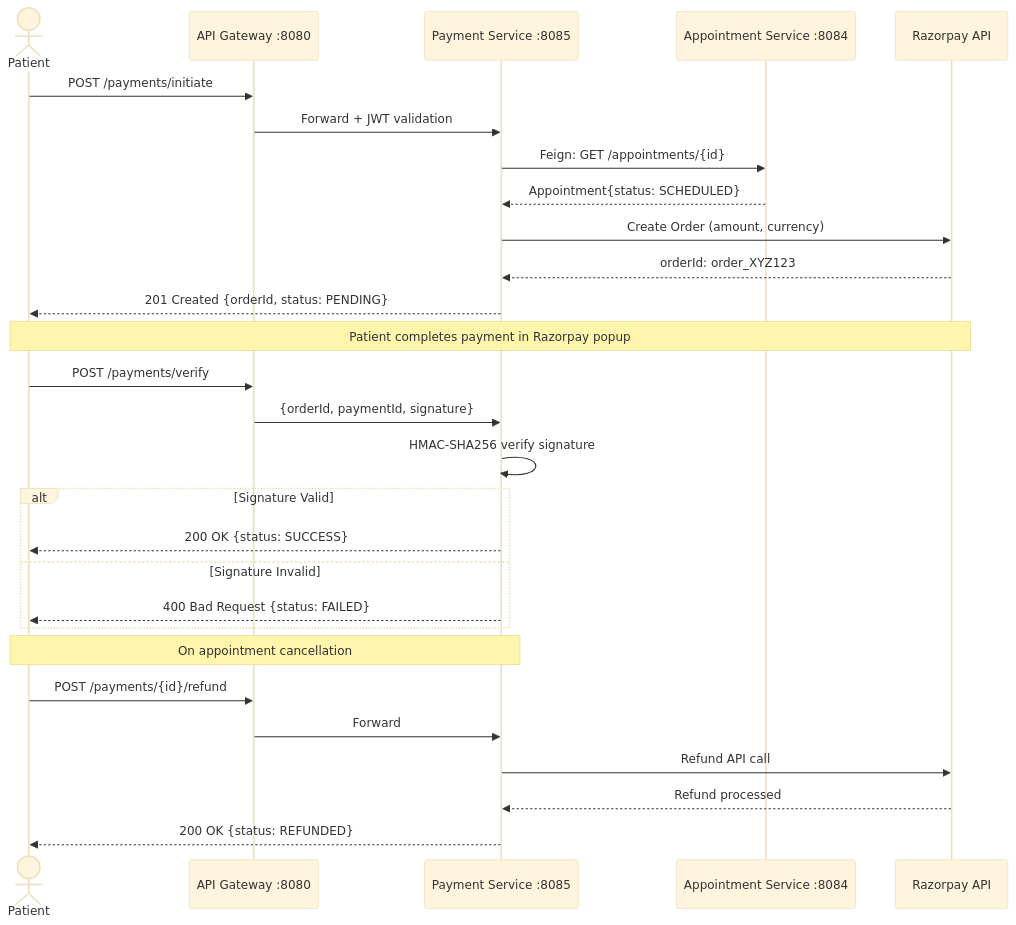
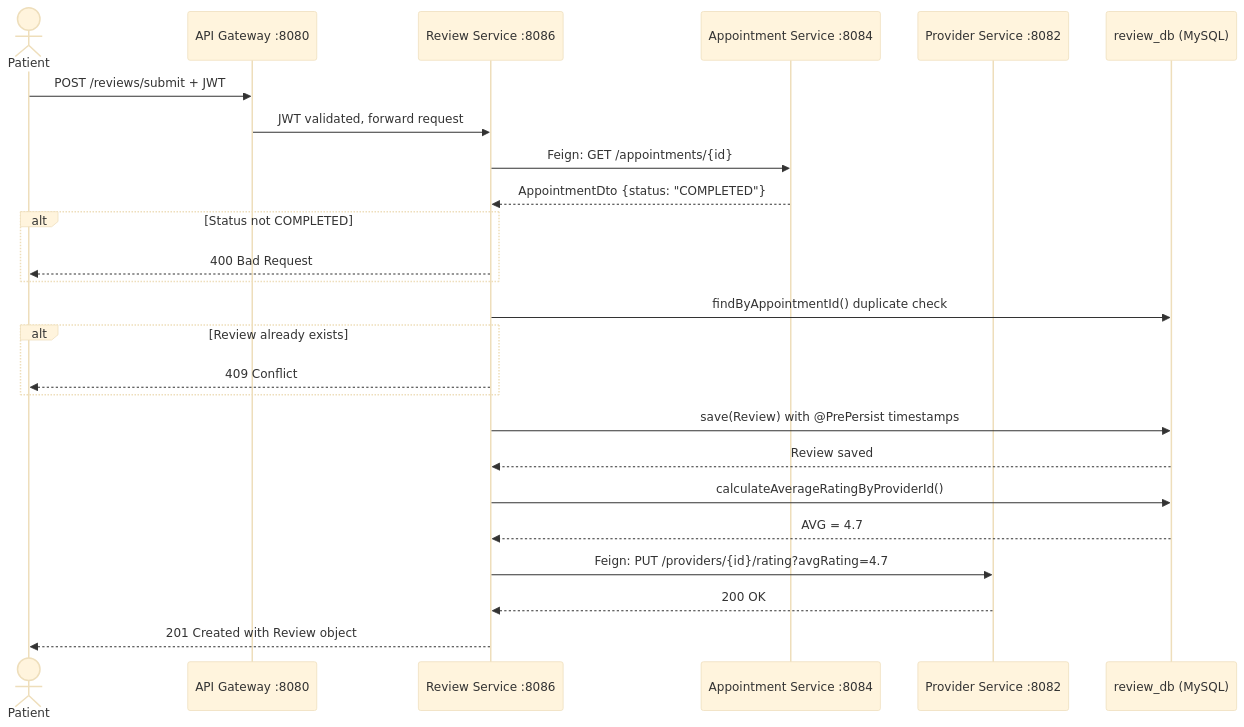
One commit to Harshal-25C/MediBook-Microservices changed the second of 2 diagrams in README.md. Above: the diagram before and after it, drawn with Mermaid (base theme). The commit also changed other lines of this file, not shown here.

Commit message:
[Harshal-25C] : Update README.md file till feature/review-service with all information

````diff
--- a/README.md
+++ b/README.md
@@ -213,35 +228,34 @@
 ```mermaid
 sequenceDiagram
     actor Patient
-    participant Gateway as API Gateway :8080
-    participant PaySvc as Payment Service :8085
+    participant GW as API Gateway :8080
+    participant RevSvc as Review Service :8086
     participant ApptSvc as Appointment Service :8084
-    participant Razorpay as Razorpay API
+    participant ProvSvc as Provider Service :8082
+    participant DB as review_db (MySQL)
 
-    Patient->>Gateway: POST /payments/initiate
-    Gateway->>PaySvc: Forward + JWT validation
-    PaySvc->>ApptSvc: Feign: GET /appointments/{id}
-    ApptSvc-->>PaySvc: Appointment{status: SCHEDULED}
-    PaySvc->>Razorpay: Create Order (amount, currency)
-    Razorpay-->>PaySvc: orderId: order_XYZ123
-    PaySvc-->>Patient: 201 Created {orderId, status: PENDING}
+    Patient->>GW: POST /reviews/submit + JWT
+    GW->>RevSvc: JWT validated, forward request
+    RevSvc->>ApptSvc: Feign: GET /appointments/{id}
+    ApptSvc-->>RevSvc: AppointmentDto {status: "COMPLETED"}
 
-    Note over Patient,Razorpay: Patient completes payment in Razorpay popup
-
-    Patient->>Gateway: POST /payments/verify
-    Gateway->>PaySvc: {orderId, paymentId, signature}
-    PaySvc->>PaySvc: HMAC-SHA256 verify signature
-    alt Signature Valid
-        PaySvc-->>Patient: 200 OK {status: SUCCESS}
-    else Signature Invalid
-        PaySvc-->>Patient: 400 Bad Request {status: FAILED}
+    alt Status not COMPLETED
+        RevSvc-->>Patient: 400 Bad Request
     end
 
-    Note over Patient,PaySvc: On appointment cancellation
+    RevSvc->>DB: findByAppointmentId() duplicate check
+    alt Review already exists
+        RevSvc-->>Patient: 409 Conflict
+    end
 
-    Patient->>Gateway: POST /payments/{id}/refund
-    Gateway->>PaySvc: Forward
-    PaySvc->>Razorpay: Refund API call
-    Razorpay-->>PaySvc: Refund processed
-    PaySvc-->>Patient: 200 OK {status: REFUNDED}
+    RevSvc->>DB: save(Review) with @PrePersist timestamps
+    DB-->>RevSvc: Review saved
+
+    RevSvc->>DB: calculateAverageRatingByProviderId()
+    DB-->>RevSvc: AVG = 4.7
+
+    RevSvc->>ProvSvc: Feign: PUT /providers/{id}/rating?avgRating=4.7
+    ProvSvc-->>RevSvc: 200 OK
+
+    RevSvc-->>Patient: 201 Created with Review object
 ```
````
